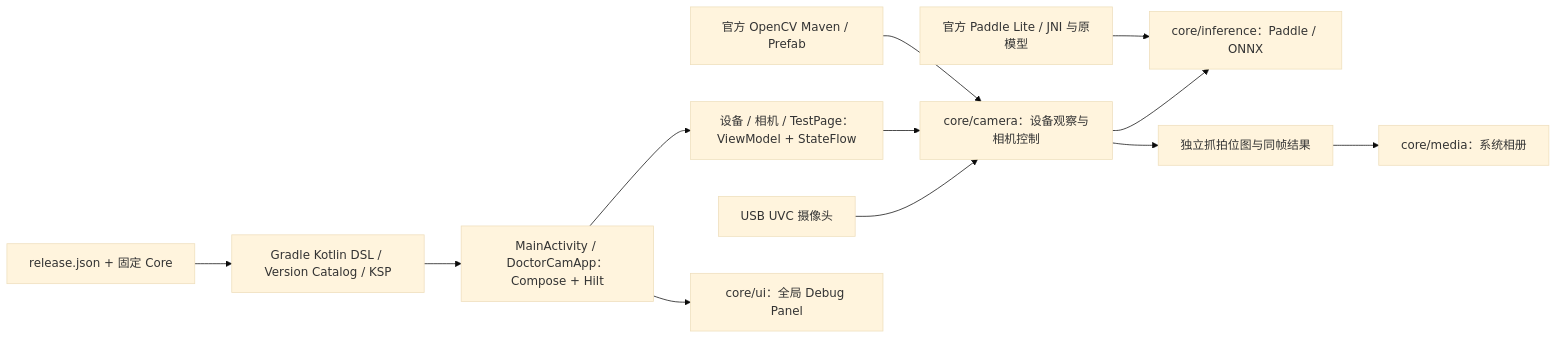
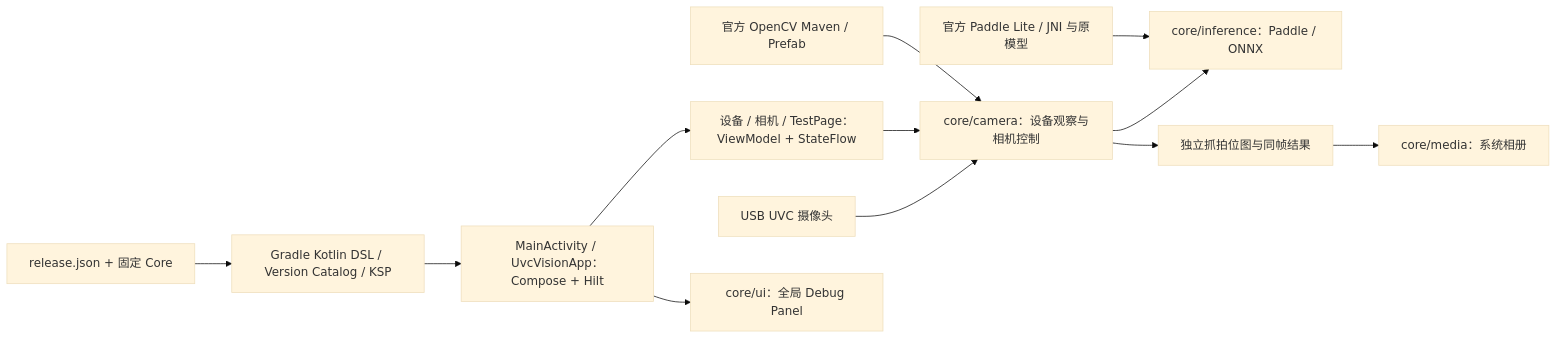
One commit to darren-you/doctor-cam changed the diagram in README.md. Above: the diagram before and after it, drawn with Mermaid (base theme). The commit also changed other lines of this file and 29 other files, not shown here.

First line of the commit message:
将仓库与应用展示名统一为 UVC Vision，保持 Android 安装身份与正式签名

````diff
--- a/README.md
+++ b/README.md
@@ -17,14 +17,14 @@
 ```mermaid
 flowchart LR
-    build[Gradle Kotlin DSL / Version Catalog / KSP] --> app[MainActivity / DoctorCamApp：Compose + Hilt]
+    build[Gradle Kotlin DSL / Version Catalog / KSP] --> app[MainActivity / UvcVisionApp：Compose + Hilt]
     app --> features[设备 / 相机 / TestPage：ViewModel + StateFlow]
     devices[USB UVC 摄像头] --> camera[core/camera：设备观察与相机控制]
     features --> camera
     camera --> inference[core/inference：Paddle / ONNX]
     opencv[官方 OpenCV Maven / Prefab] --> camera
     paddle[官方 Paddle Lite / JNI 与原模型] --> inference
     camera --> frame[独立抓拍位图与同帧结果]
     frame --> media[core/media：系统相册]
     app --> debug[core/ui：全局 Debug Panel]
     version[release.json + 固定 Core] --> build
 ```
````
